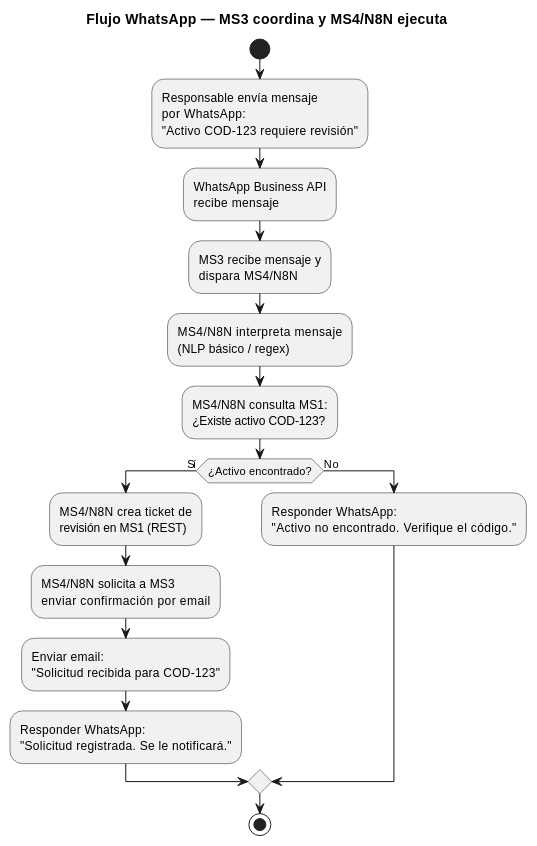
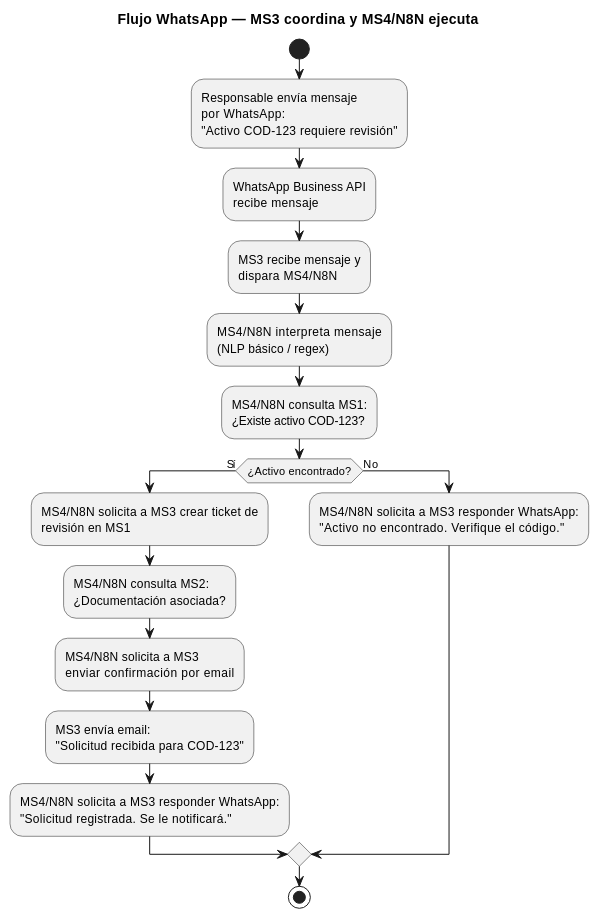
Before and after one commit to borysinho/microservicios-activos-fijos: diagram 11 of 15 in docs/Propuesta - Sistema de Activos Fijos.md, drawn with PlantUML. The commit also changed other lines of this file and 20 other files, not shown here.

````diff
--- a/docs/Propuesta - Sistema de Activos Fijos.md
+++ b/docs/Propuesta - Sistema de Activos Fijos.md
@@ -620,29 +620,30 @@
 ```plantuml
 @startuml FlujoWhatsApp
 title Flujo WhatsApp — MS3 coordina y MS4/N8N ejecuta
 
 start
 
 :Responsable envía mensaje\npor WhatsApp:\n"Activo COD-123 requiere revisión";
 
 :WhatsApp Business API\nrecibe mensaje;
 
 :MS3 recibe mensaje y\ndispara MS4/N8N;
 
 :MS4/N8N interpreta mensaje\n(NLP básico / regex);
 
 :MS4/N8N consulta MS1:\n¿Existe activo COD-123?;
 
 if (¿Activo encontrado?) then (Sí)
-    :MS4/N8N crea ticket de\nrevisión en MS1 (REST);
+    :MS4/N8N solicita a MS3 crear ticket de\nrevisión en MS1;
+    :MS4/N8N consulta MS2:\n¿Documentación asociada?;
     :MS4/N8N solicita a MS3\nenviar confirmación por email;
-    :Enviar email:\n"Solicitud recibida para COD-123";
-    :Responder WhatsApp:\n"Solicitud registrada. Se le notificará.";
+    :MS3 envía email:\n"Solicitud recibida para COD-123";
+    :MS4/N8N solicita a MS3 responder WhatsApp:\n"Solicitud registrada. Se le notificará.";
 else (No)
-    :Responder WhatsApp:\n"Activo no encontrado. Verifique el código.";
+    :MS4/N8N solicita a MS3 responder WhatsApp:\n"Activo no encontrado. Verifique el código.";
 endif
 
 stop
 
 @enduml
 ```
````
